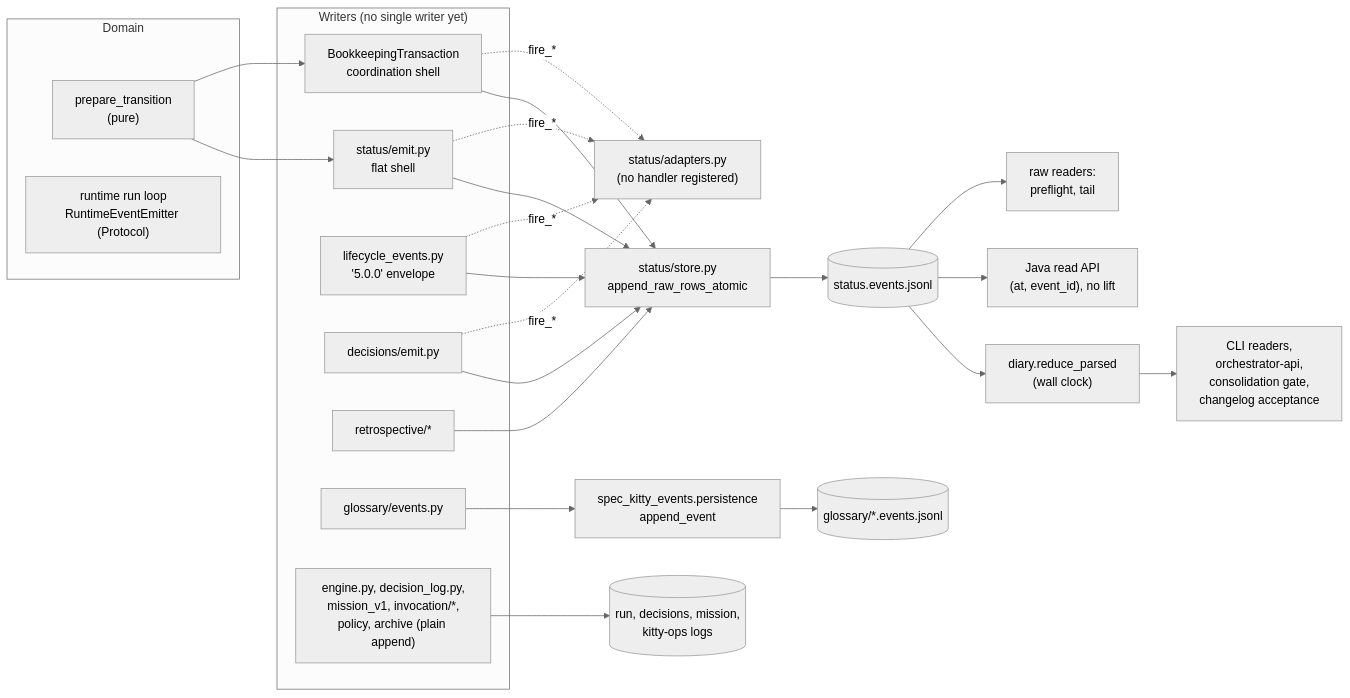
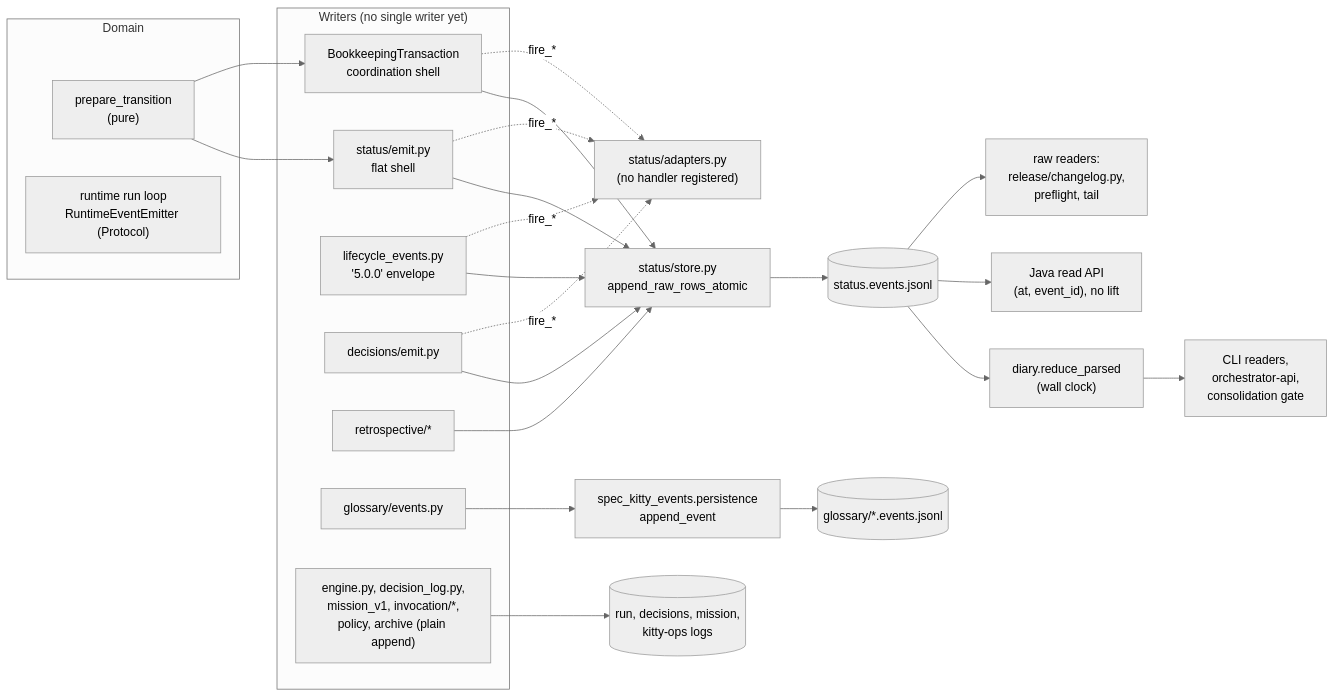
Before and after one commit to spec-kitty/spec-kitty: the diagram in docs/architecture/event-ledger-writers-and-readers.md, drawn with Mermaid (neutral theme). The commit also changed other lines of this file and 1 other file, not shown here.

````diff
--- a/docs/architecture/event-ledger-writers-and-readers.md
+++ b/docs/architecture/event-ledger-writers-and-readers.md
@@ -150,30 +149,30 @@
 ```mermaid
 flowchart LR
   subgraph Domain
     PT["prepare_transition<br/>(pure)"]
     RT["runtime run loop<br/>RuntimeEventEmitter (Protocol)"]
   end
   subgraph Writers["Writers (no single writer yet)"]
     EMIT["status/emit.py<br/>flat shell"]
     TX["BookkeepingTransaction<br/>coordination shell"]
     LC["lifecycle_events.py<br/>'5.0.0' envelope"]
     DP["decisions/emit.py"]
     RETRO["retrospective/*"]
     GL["glossary/events.py"]
     OTHER["engine.py, decision_log.py,<br/>mission_v1, invocation/*,<br/>policy, archive (plain append)"]
   end
   STORE["status/store.py<br/>append_raw_rows_atomic"]
   LIB["spec_kitty_events.persistence<br/>append_event"]
   SEL[("status.events.jsonl")]
   GLL[("glossary/*.events.jsonl")]
   OL[("run, decisions, mission,<br/>kitty-ops logs")]
   PT --> EMIT & TX
   EMIT & TX & LC & DP & RETRO --> STORE --> SEL
   GL --> LIB --> GLL
   OTHER --> OL
   EMIT & TX & LC & DP -.fire_*.-> SEAM["status/adapters.py<br/>(no handler registered)"]
   SEL --> RED["diary.reduce_parsed<br/>(wall clock)"]
-  RED --> CLI["CLI readers,<br/>orchestrator-api,<br/>consolidation gate,<br/>changelog acceptance"]
+  RED --> CLI["CLI readers,<br/>orchestrator-api,<br/>consolidation gate"]
   SEL --> JAVA["Java read API<br/>(at, event_id), no lift"]
-  SEL --> RAW["raw readers:<br/>preflight, tail"]
+  SEL --> RAW["raw readers:<br/>release/changelog.py,<br/>preflight, tail"]
 ```
````
